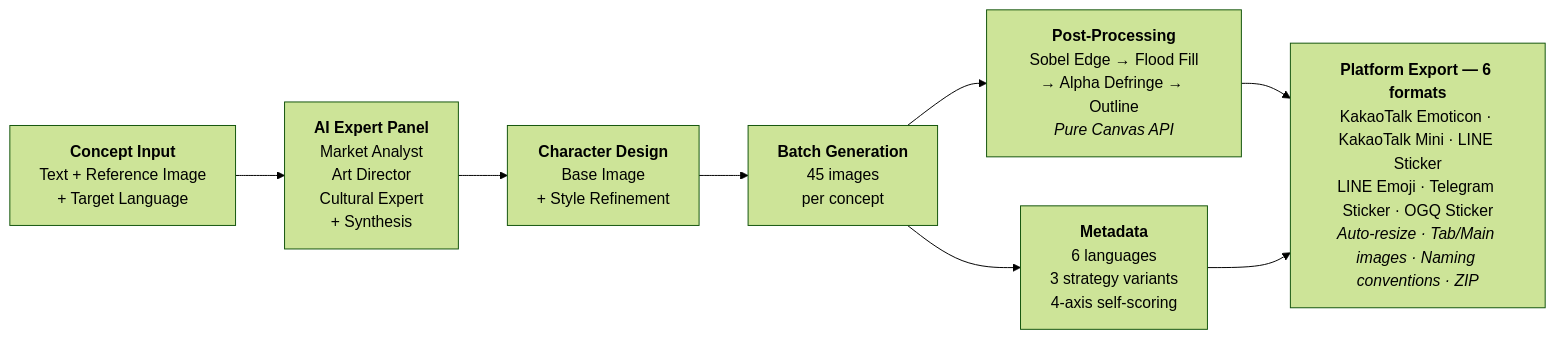
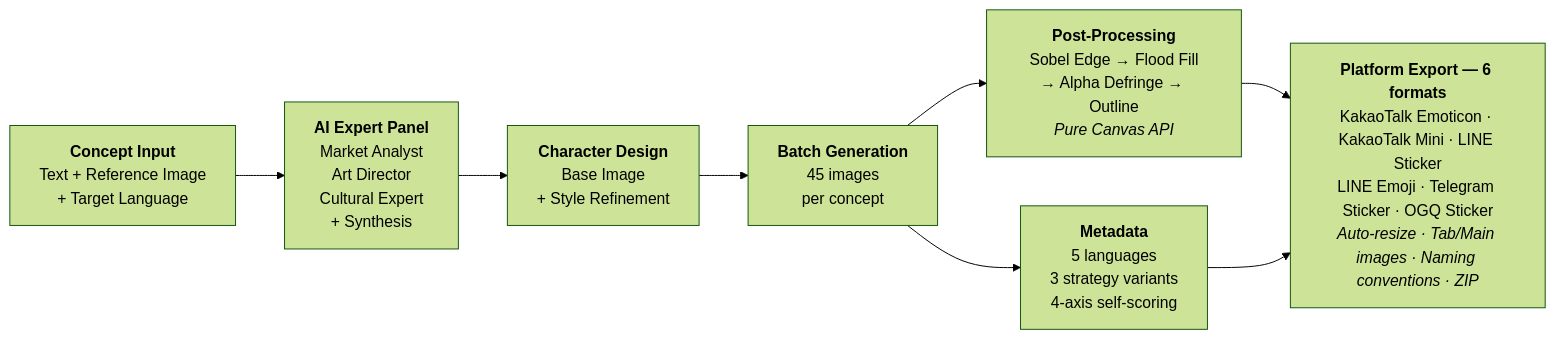
The diagram in README.md (MJbae/awesome-emoji-studio), drawn with Mermaid (forest theme) before and after one commit. The commit also changed other lines of this file and 76 other files, not shown here.

````diff
--- a/README.md
+++ b/README.md
@@ -29,10 +29,10 @@
 ```mermaid
 flowchart LR
     A["<b>Concept Input</b><br/>Text + Reference Image<br/>+ Target Language"] --> B["<b>AI Expert Panel</b><br/>Market Analyst<br/>Art Director<br/>Cultural Expert<br/>+ Synthesis"]
     B --> C["<b>Character Design</b><br/>Base Image<br/>+ Style Refinement"]
     C --> D["<b>Batch Generation</b><br/>45 images<br/>per concept"]
     D --> E["<b>Post-Processing</b><br/>Sobel Edge → Flood Fill<br/>→ Alpha Defringe → Outline<br/><i>Pure Canvas API</i>"]
-    D --> F["<b>Metadata</b><br/>6 languages<br/>3 strategy variants<br/>4-axis self-scoring"]
+    D --> F["<b>Metadata</b><br/>5 languages<br/>3 strategy variants<br/>4-axis self-scoring"]
     E --> G["<b>Platform Export — 6 formats</b><br/>KakaoTalk Emoticon · KakaoTalk Mini · LINE Sticker<br/>LINE Emoji · Telegram Sticker · OGQ Sticker<br/><i>Auto-resize · Tab/Main images · Naming conventions · ZIP</i>"]
     F --> G
 ```
````
